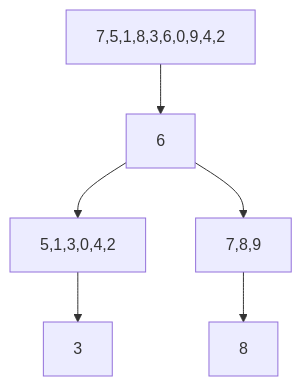
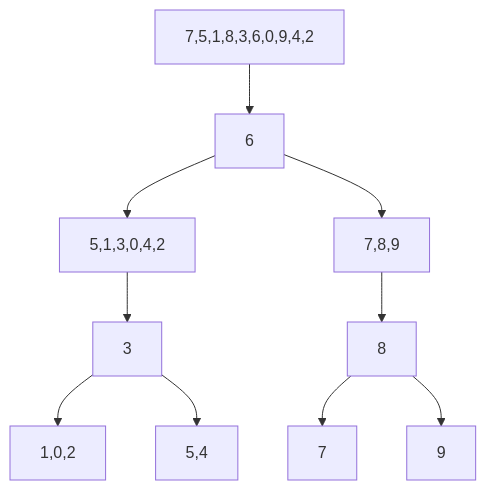
Before and after one commit to demirkolorg/BINARY-SEARCH-TREE: the diagram in README.md, drawn with Mermaid.

````diff
--- a/README.md
+++ b/README.md
@@ -15,13 +15,19 @@
 ```mermaid
   graph TD;
         7,5,1,8,3,6,0,9,4,2 -->6;
 
         6-->5,1,3,0,4,2;
+        6-->7,8,9;
 
         5,1,3,0,4,2-->3;
 
-        6-->7,8,9;
+        3-->1,0,2;
+        3-->5,4
+
+
         7,8,9-->8;
+        8-->7;
+        8-->9;
         
     
 ```
````
